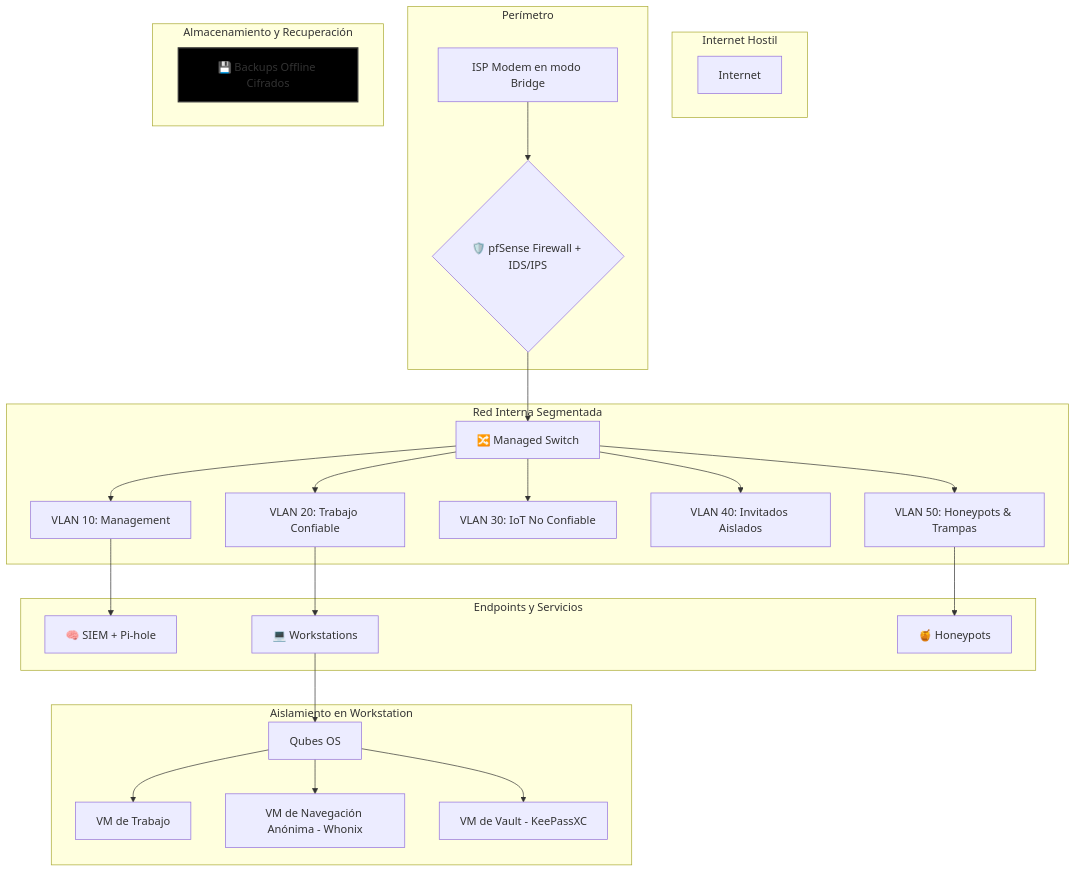
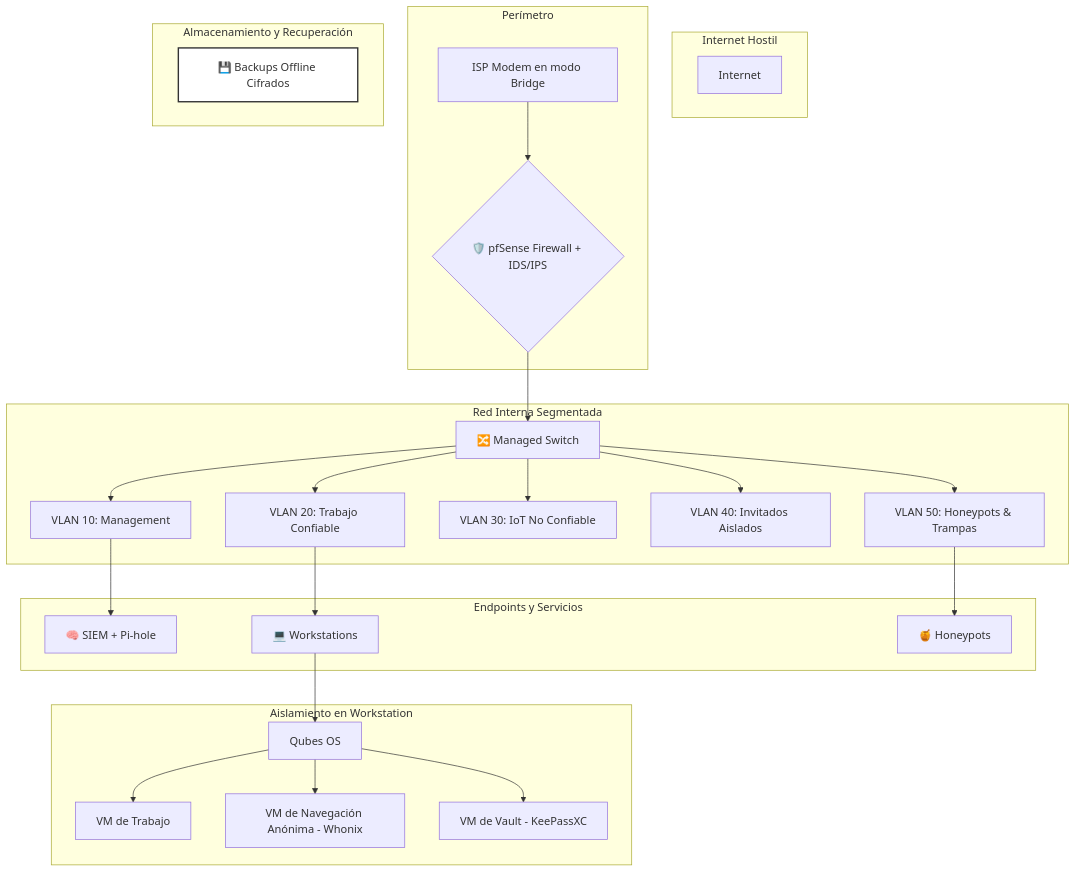
The second of 2 diagrams in 03_ciberseguridad_y_redes/14_defense.md (jviera100/documentacion), drawn with Mermaid before and after one commit.

Commit message:
:sparkles:up

````diff
--- a/03_ciberseguridad_y_redes/14_defense.md
+++ b/03_ciberseguridad_y_redes/14_defense.md
@@ -30,38 +30,38 @@
 ```mermaid
 graph TD
     subgraph Internet Hostil
         A[Internet]
     end
 
     subgraph Perímetro
         B[ISP Modem en modo Bridge] --> C{🛡️ pfSense Firewall + IDS/IPS};
     end
 
     subgraph Red Interna Segmentada
         C --> D[🔀 Managed Switch];
         D --> V10[VLAN 10: Management];
         D --> V20[VLAN 20: Trabajo Confiable];
         D --> V30[VLAN 30: IoT No Confiable];
         D --> V40[VLAN 40: Invitados Aislados];
         D --> V50[VLAN 50: Honeypots & Trampas];
     end
     
     subgraph Endpoints y Servicios
         V10 --> E[🧠 SIEM + Pi-hole];
         V20 --> F[💻 Workstations];
         V50 --> G[🍯 Honeypots];
     end
 
     subgraph Aislamiento en Workstation
         F --> H[Qubes OS];
         H --> I[VM de Trabajo];
         H --> J[VM de Navegación Anónima - Whonix];
         H --> K[VM de Vault - KeePassXC];
     end
 
     subgraph Almacenamiento y Recuperación
         L[💾 Backups Offline Cifrados]
     end
 
-    style L fill:#000,stroke:#333,stroke-width:2px
+    style L fill:#fff,stroke:#333,stroke-width:2px
 ```
````
